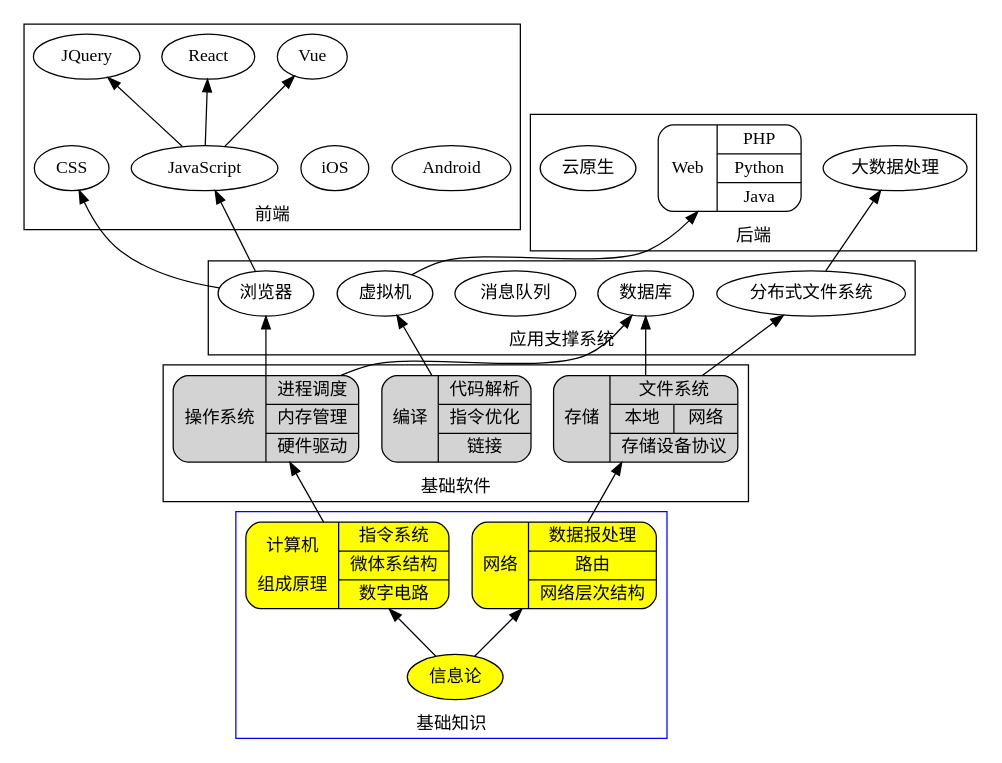
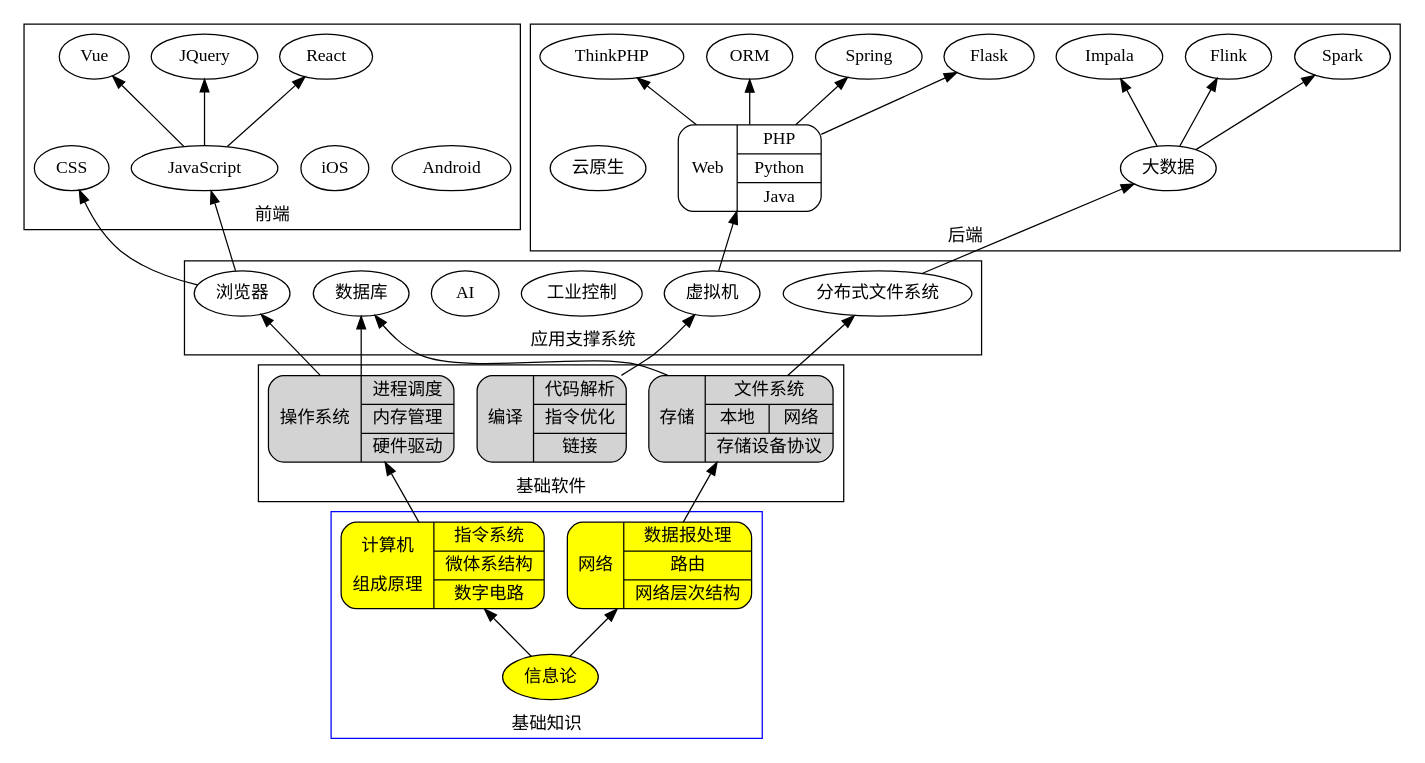
Before and after one commit to nzinfo/RustTutorial: the diagram in doc/chapter_1/figures/01_1_knowledge_hierarchy.adoc, drawn with Graphviz. The commit also changed 21 other files, not shown here.

```diff
--- a/doc/chapter_1/figures/01_1_knowledge_hierarchy.adoc
+++ b/doc/chapter_1/figures/01_1_knowledge_hierarchy.adoc
@@ -41,7 +41,8 @@
     
     数据库 []
     浏览器 []
-    消息队列 []
+    工业控制 []
+    AI []
     分布式文件系统 []
     虚拟机 []
 
@@ -56,12 +57,22 @@
       shape=record, 
       label="Web | { PHP | Python | Java }" 
     ]
-    
-    大数据处理 []
+    Spring []
+    Flask []
+    ThinkPHP []
+    ORM []
+    大数据 []
     云原生 []
 
     虚拟机 -> Web服务
-    分布式文件系统 -> 大数据处理
+    分布式文件系统 -> 大数据
+    Web服务 -> Spring
+    Web服务 -> Flask
+    Web服务 -> ThinkPHP
+    Web服务 -> ORM
+    大数据 -> Flink
+    大数据 -> Spark
+    大数据 -> Impala
   }
 
   subgraph cluster_5 {
```
